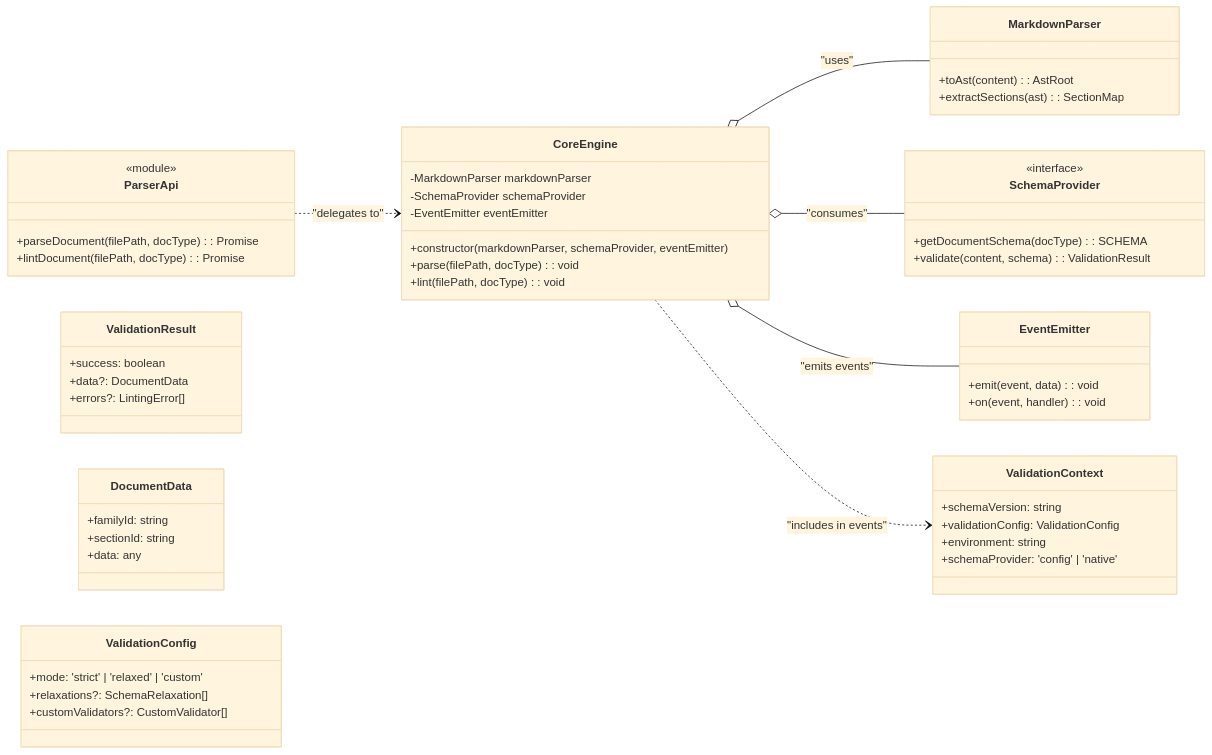
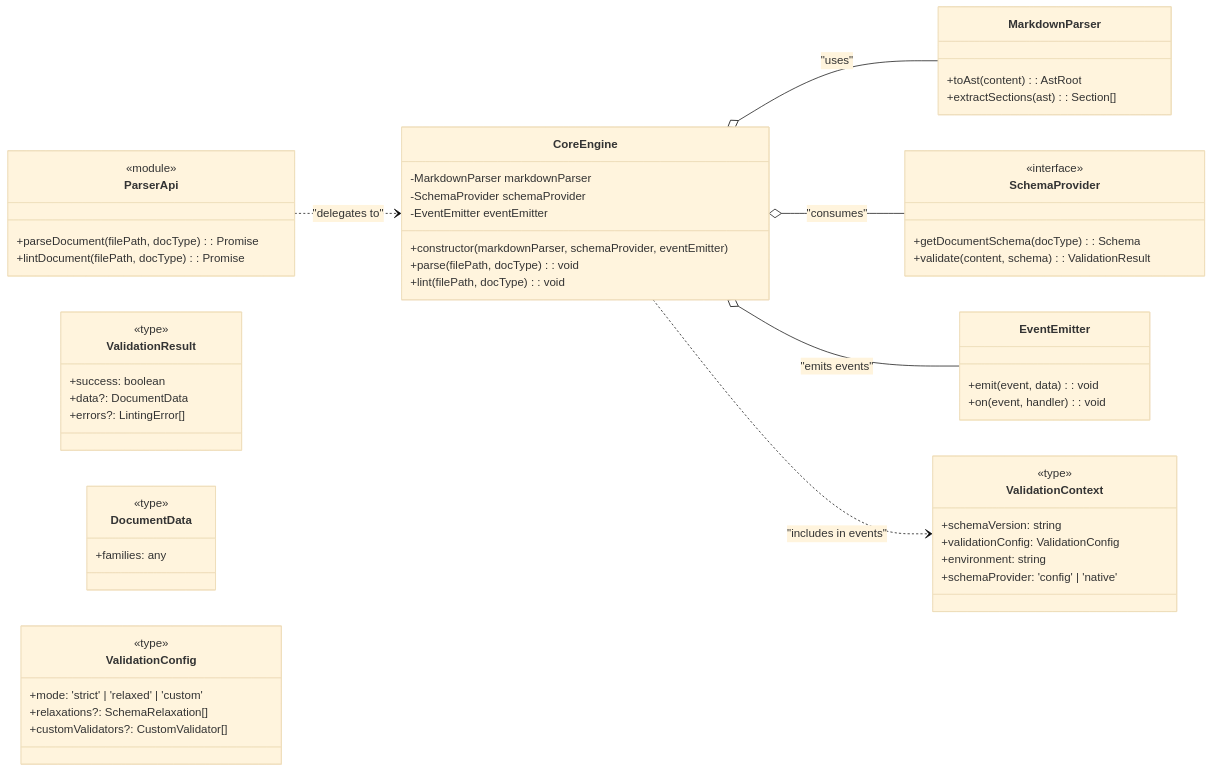
The fifth of 7 diagrams in docs/requirements/p1.p5-doc-parser.plan.md (livelifelively/documentation-driven-development-tools), drawn with Mermaid (base theme) before and after one commit. The commit also changed other lines of this file and 9 other files, not shown here.

````diff
--- a/docs/requirements/p1.p5-doc-parser.plan.md
+++ b/docs/requirements/p1.p5-doc-parser.plan.md
@@ -298,66 +225,68 @@
 ```mermaid
 classDiagram
     direction LR
 
     class ParserApi {
         <<module>>
         +parseDocument(filePath, docType): Promise<void>
         +lintDocument(filePath, docType): Promise<void>
     }
 
     class CoreEngine {
         -MarkdownParser markdownParser
         -SchemaProvider schemaProvider
         -EventEmitter eventEmitter
         +constructor(markdownParser, schemaProvider, eventEmitter)
         +parse(filePath, docType): void
         +lint(filePath, docType): void
     }
 
     class MarkdownParser {
         +toAst(content): AstRoot
-        +extractSections(ast): SectionMap
+        +extractSections(ast): Section[]
     }
 
     class SchemaProvider {
         <<interface>>
-        +getDocumentSchema(docType): SCHEMA
+        +getDocumentSchema(docType): Schema
         +validate(content, schema): ValidationResult
     }
 
     class EventEmitter {
         +emit(event, data): void
         +on(event, handler): void
     }
 
     class ValidationContext {
+        <<type>>
         +schemaVersion: string
         +validationConfig: ValidationConfig
         +environment: string
         +schemaProvider: 'config' | 'native'
     }
 
     class ValidationResult {
+        <<type>>
         +success: boolean
         +data?: DocumentData
         +errors?: LintingError[]
     }
 
     class DocumentData {
-        +familyId: string
-        +sectionId: string
-        +data: any
+        <<type>>
+        +families: any
     }
 
     class ValidationConfig {
+        <<type>>
         +mode: 'strict' | 'relaxed' | 'custom'
         +relaxations?: SchemaRelaxation[]
         +customValidators?: CustomValidator[]
     }
 
     ParserApi ..> CoreEngine : "delegates to"
     CoreEngine o-- MarkdownParser : "uses"
     CoreEngine o-- SchemaProvider : "consumes"
     CoreEngine o-- EventEmitter : "emits events"
     CoreEngine ..> ValidationContext : "includes in events"
 ```
````
